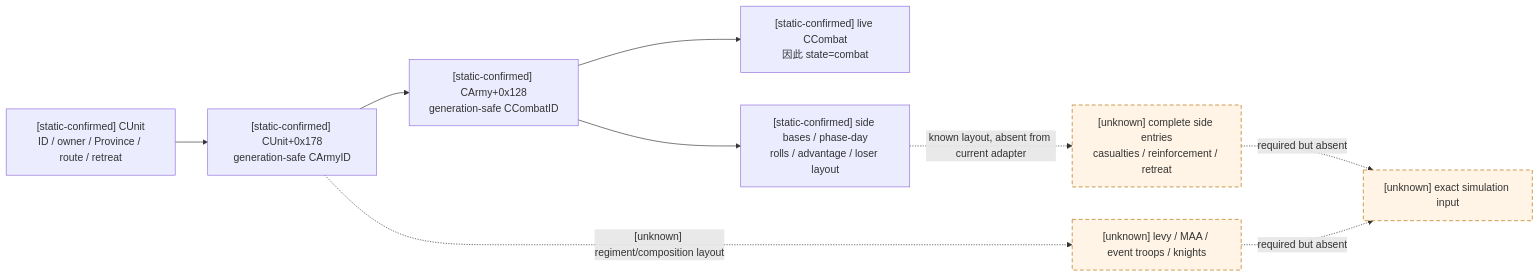
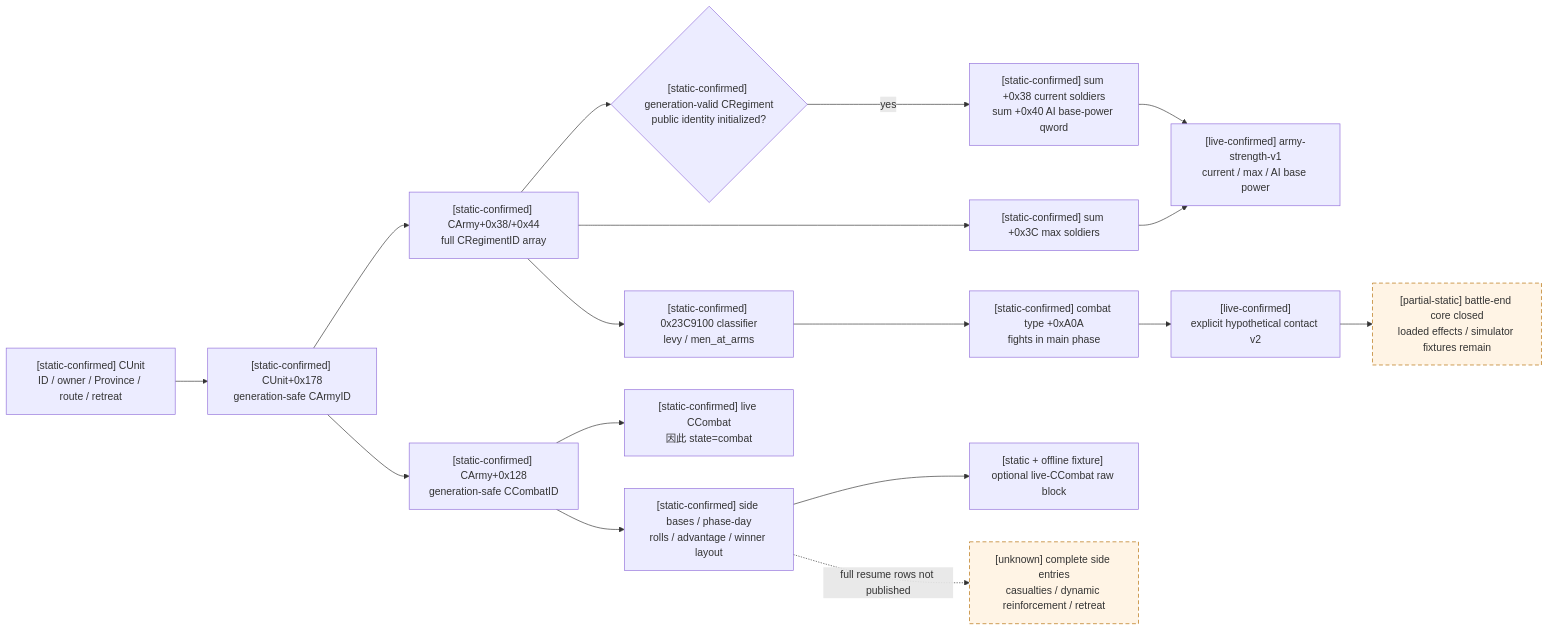
Before and after one commit to XenoAmess/ck3_eternal_recurrence: the first of 12 diagrams in docs/ck3-native-ai/combat-simulation-inputs.md, drawn with Mermaid. The commit also changed other lines of this file and 183 other files, not shown here.

````diff
--- a/docs/ck3-native-ai/combat-simulation-inputs.md
+++ b/docs/ck3-native-ai/combat-simulation-inputs.md
@@ -49,13 +71,21 @@
 ```mermaid
 flowchart LR
     U["[static-confirmed] CUnit<br/>ID / owner / Province / route / retreat"] --> A["[static-confirmed] CUnit+0x178<br/>generation-safe CArmyID"]
+    A --> R["[static-confirmed] CArmy+0x38/+0x44<br/>full CRegimentID array"]
+    R --> V{"[static-confirmed] generation-valid CRegiment<br/>public identity initialized?"}
+    V -->|yes| AP["[static-confirmed] sum +0x38 current soldiers<br/>sum +0x40 AI base-power qword"]
+    R --> MX["[static-confirmed] sum +0x3C max soldiers"]
+    AP --> Q["[live-confirmed] army-strength-v1<br/>current / max / AI base power"]
+    MX --> Q
     A --> C["[static-confirmed] CArmy+0x128<br/>generation-safe CCombatID"]
     C --> L["[static-confirmed] live CCombat<br/>因此 state=combat"]
-    A -. "[unknown] regiment/composition layout" .-> R["[unknown] levy / MAA / event troops / knights"]
-    C --> K["[static-confirmed] side bases / phase-day<br/>rolls / advantage / loser layout"]
-    K -. "known layout, absent from current adapter" .-> S["[unknown] complete side entries<br/>casualties / reinforcement / retreat"]
-    R -. "required but absent" .-> P["[unknown] exact simulation input"]
-    S -. "required but absent" .-> P
+    R --> D["[static-confirmed] 0x23C9100 classifier<br/>levy / men_at_arms"]
+    D --> F["[static-confirmed] combat type +0xA0A<br/>fights in main phase"]
+    C --> K["[static-confirmed] side bases / phase-day<br/>rolls / advantage / winner layout"]
+    K --> O["[static + offline fixture] optional live-CCombat raw block"]
+    K -. "full resume rows not published" .-> S["[unknown] complete side entries<br/>casualties / dynamic reinforcement / retreat"]
+    F --> P["[live-confirmed]<br/>explicit hypothetical contact v2"]
+    P --> M["[partial-static] battle-end core closed<br/>loaded effects / simulator fixtures remain"]
     classDef unknown stroke-dasharray: 6 4,fill:#fff4e5,stroke:#b36b00;
-    class R,S,P unknown;
+    class S,M unknown;
 ```
````
